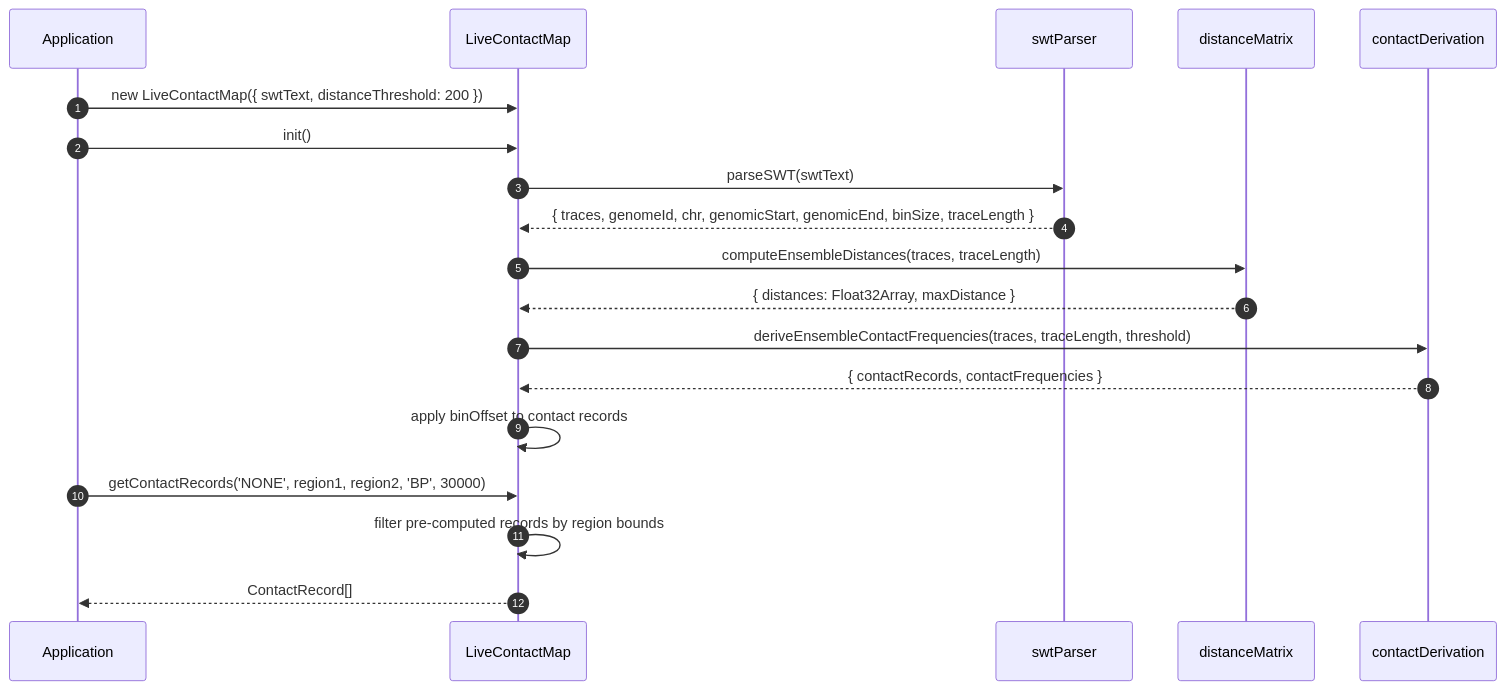
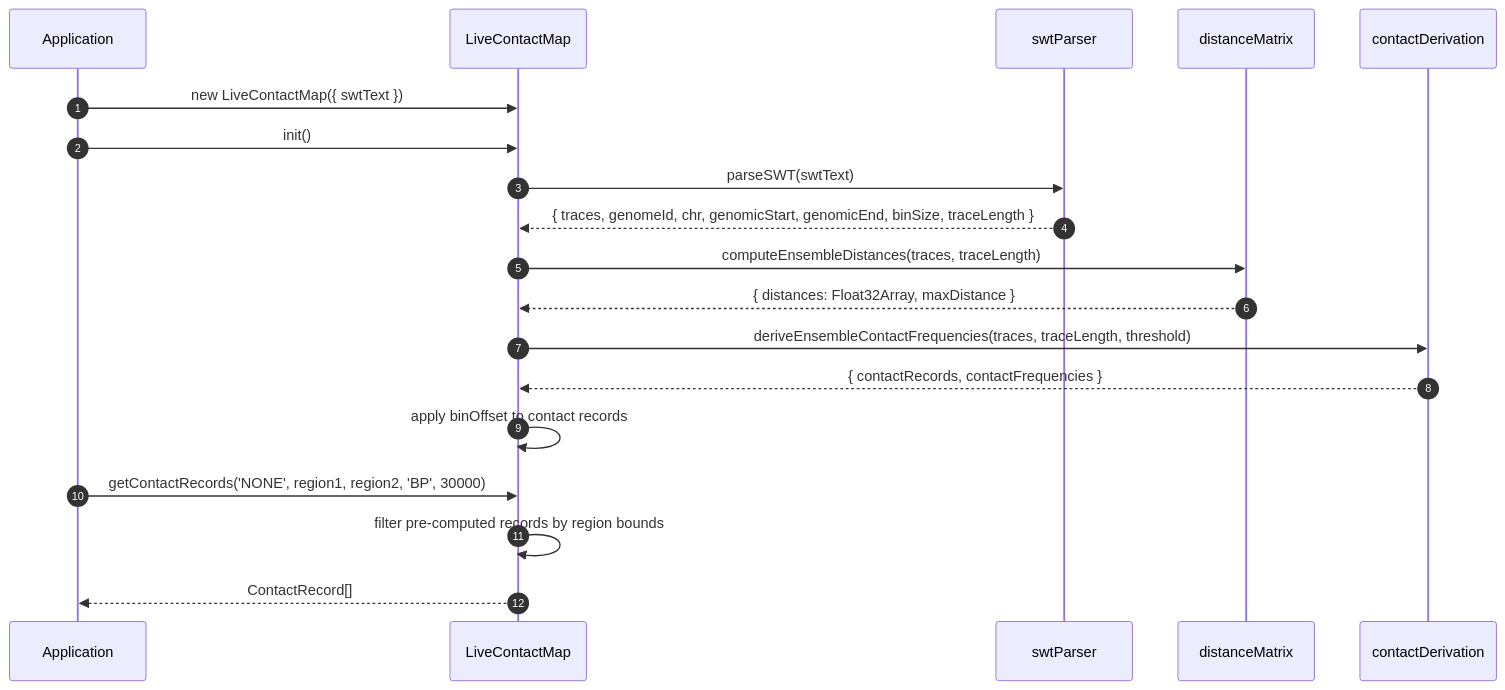
One commit to aidenlab/hic-straw changed the third of 9 diagrams in discussions/hic-straw-usage-scenarios.md. Above: the diagram before and after it, drawn with Mermaid. The commit also changed other lines of this file and 10 other files, not shown here.

First line of the commit message:
Derive a data-driven default distance threshold

````diff
--- a/discussions/hic-straw-usage-scenarios.md
+++ b/discussions/hic-straw-usage-scenarios.md
@@ -179,25 +179,25 @@
 ```mermaid
 %%{init: {'themeVariables': {'fontSize': '16px'}}}%%
 sequenceDiagram
     autonumber
     participant App as Application
     participant LCM as LiveContactMap
     participant Parser as swtParser
     participant DM as distanceMatrix
     participant CD as contactDerivation
 
-    App->>LCM: new LiveContactMap({ swtText, distanceThreshold: 200 })
+    App->>LCM: new LiveContactMap({ swtText })
 
     App->>LCM: init()
     LCM->>Parser: parseSWT(swtText)
     Parser-->>LCM: { traces, genomeId, chr, genomicStart, genomicEnd, binSize, traceLength }
     LCM->>DM: computeEnsembleDistances(traces, traceLength)
     DM-->>LCM: { distances: Float32Array, maxDistance }
     LCM->>CD: deriveEnsembleContactFrequencies(traces, traceLength, threshold)
     CD-->>LCM: { contactRecords, contactFrequencies }
     LCM->>LCM: apply binOffset to contact records
 
     App->>LCM: getContactRecords('NONE', region1, region2, 'BP', 30000)
     LCM->>LCM: filter pre-computed records by region bounds
     LCM-->>App: ContactRecord[]
 ```
````
